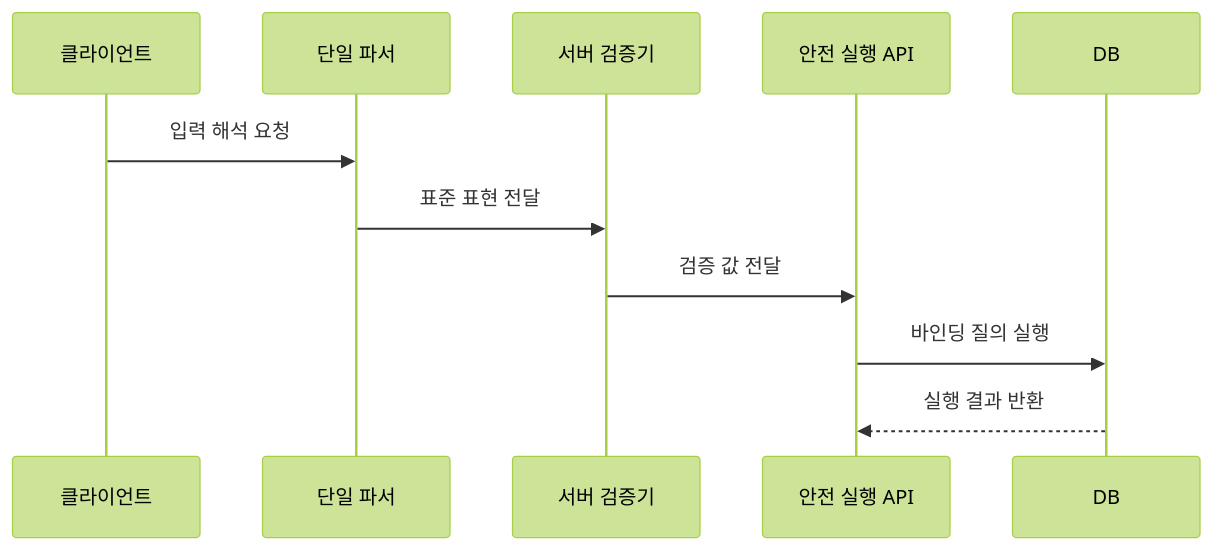
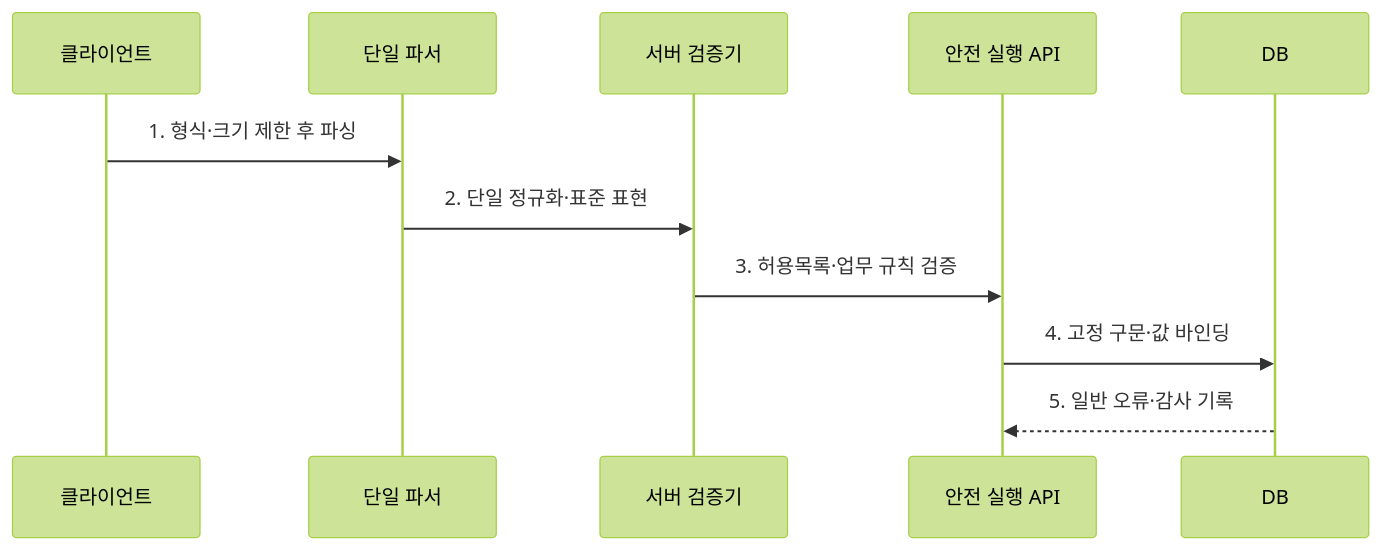
The second of 2 diagrams in src/content/docs/notes/05-security/052_input_validation.md (agnusdei1207/knowledge-base), drawn with Mermaid (forest theme) before and after one commit. The commit also changed other lines of this file and 11 other files, not shown here.

````diff
--- a/src/content/docs/notes/05-security/052_input_validation.md
+++ b/src/content/docs/notes/05-security/052_input_validation.md
@@ -79,13 +83,13 @@
 ```mermaid
 sequenceDiagram
     participant C as 클라이언트
     participant P as 단일 파서
     participant V as 서버 검증기
     participant A as 안전 실행 API
     participant D as DB
-    C->>P: 입력 해석 요청
-    P->>V: 표준 표현 전달
-    V->>A: 검증 값 전달
-    A->>D: 바인딩 질의 실행
-    D-->>A: 실행 결과 반환
+    C->>P: 1. 형식·크기 제한 후 파싱
+    P->>V: 2. 단일 정규화·표준 표현
+    V->>A: 3. 허용목록·업무 규칙 검증
+    A->>D: 4. 고정 구문·값 바인딩
+    D-->>A: 5. 일반 오류·감사 기록
 ```
````
